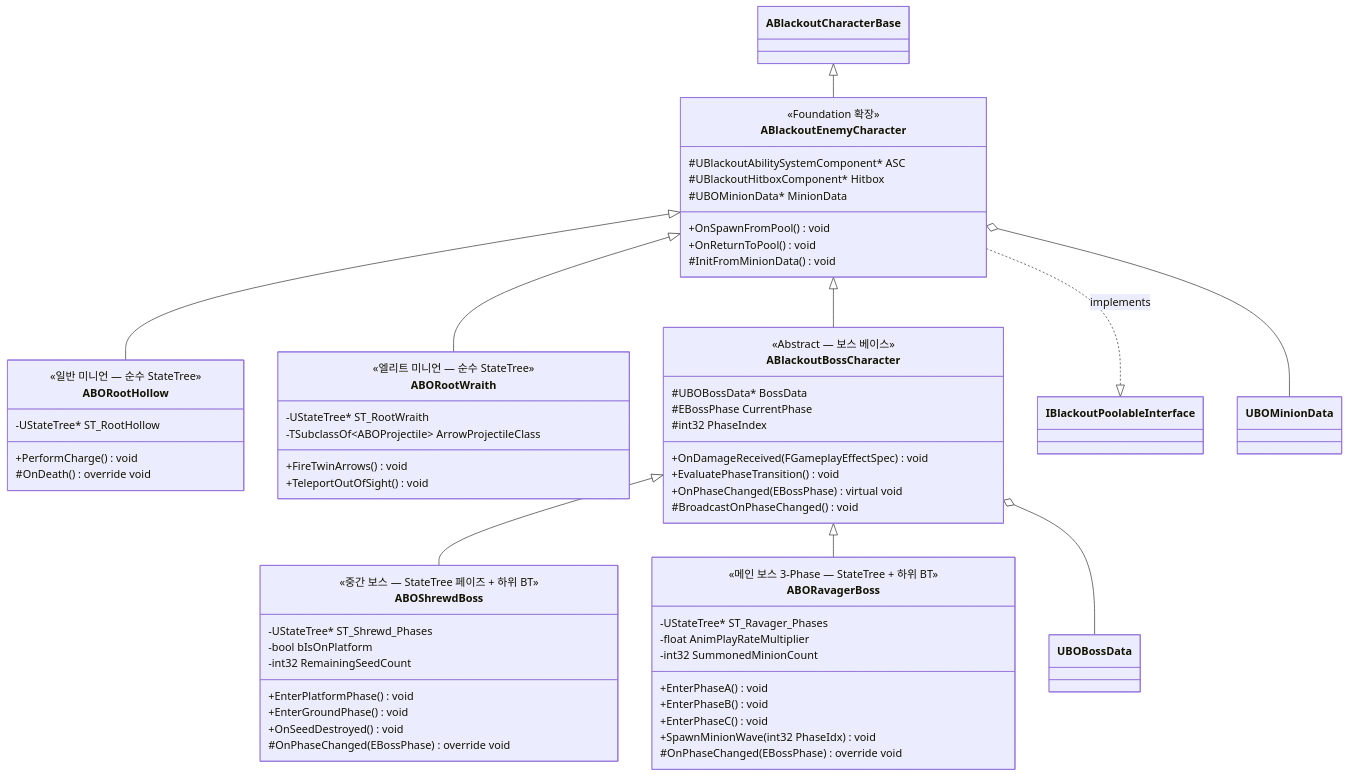
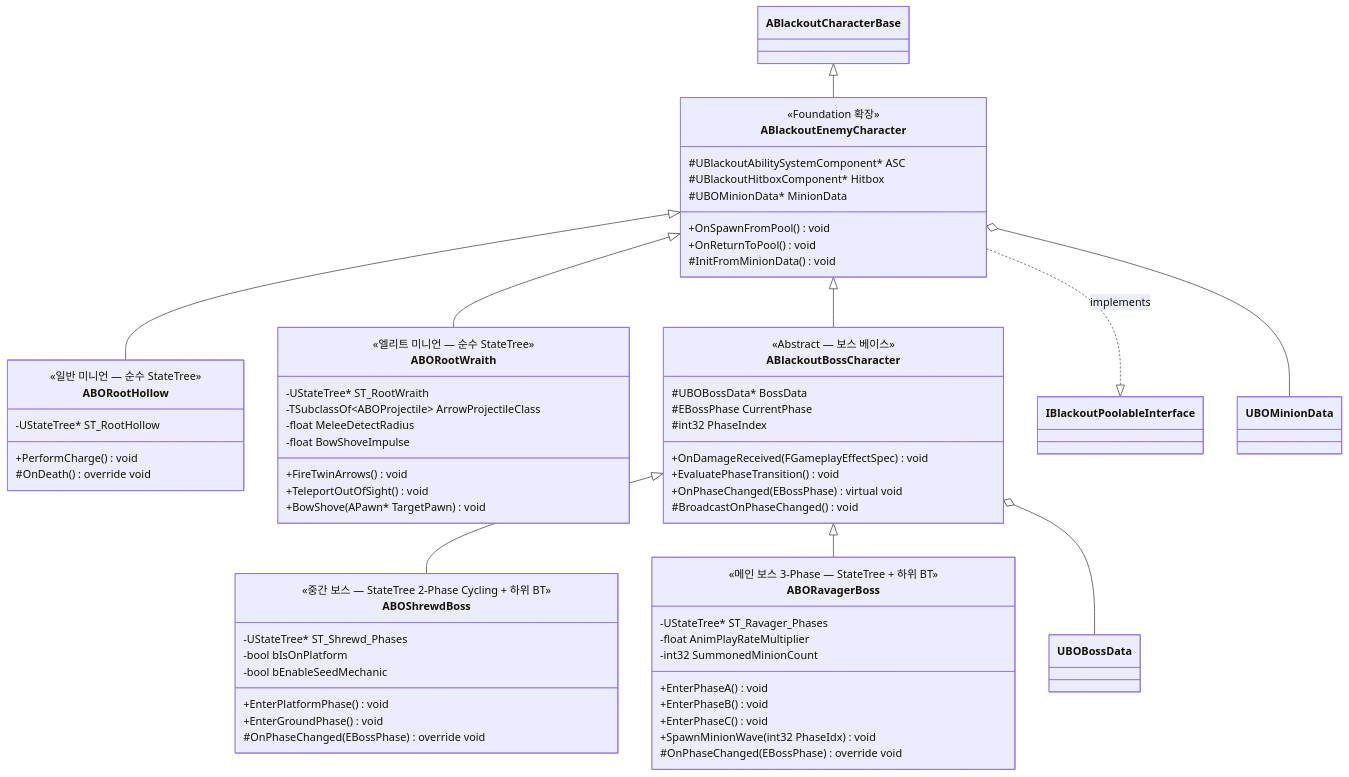
One commit to seongwon1579/ProjectBlackout changed the diagram in Docs/AI_Boss/01_Enemy_Boss_Hierarchy.md. Above: the diagram before and after it, drawn with Mermaid. The commit also changed other lines of this file and 10 other files, not shown here.

First line of the commit message:
Docs: GDD 개정 및 AI/Boss 기술 설계서, 클래스 다이어그램 수정

````diff
--- a/Docs/AI_Boss/01_Enemy_Boss_Hierarchy.md
+++ b/Docs/AI_Boss/01_Enemy_Boss_Hierarchy.md
@@ -5,75 +5,77 @@
 ```mermaid
 classDiagram
     direction TB
 
     ABlackoutCharacterBase <|-- ABlackoutEnemyCharacter
     ABlackoutEnemyCharacter <|-- ABORootHollow
     ABlackoutEnemyCharacter <|-- ABORootWraith
     ABlackoutEnemyCharacter <|-- ABlackoutBossCharacter
     ABlackoutBossCharacter <|-- ABOShrewdBoss
     ABlackoutBossCharacter <|-- ABORavagerBoss
 
     ABlackoutEnemyCharacter ..|> IBlackoutPoolableInterface : implements
 
     class ABlackoutEnemyCharacter {
         <<Foundation 확장>>
         #UBlackoutAbilitySystemComponent* ASC
         #UBlackoutHitboxComponent* Hitbox
         #UBOMinionData* MinionData
         +OnSpawnFromPool() void
         +OnReturnToPool() void
         #InitFromMinionData() void
     }
 
     class ABORootHollow {
         <<일반 미니언 — 순수 StateTree>>
         -UStateTree* ST_RootHollow
         +PerformCharge() void
         #OnDeath() override void
     }
 
     class ABORootWraith {
         <<엘리트 미니언 — 순수 StateTree>>
         -UStateTree* ST_RootWraith
         -TSubclassOf~ABOProjectile~ ArrowProjectileClass
+        -float MeleeDetectRadius
+        -float BowShoveImpulse
         +FireTwinArrows() void
         +TeleportOutOfSight() void
+        +BowShove(APawn* TargetPawn) void
     }
 
     class ABlackoutBossCharacter {
         <<Abstract — 보스 베이스>>
         #UBOBossData* BossData
         #EBossPhase CurrentPhase
         #int32 PhaseIndex
         +OnDamageReceived(FGameplayEffectSpec) void
         +EvaluatePhaseTransition() void
         +OnPhaseChanged(EBossPhase) virtual void
         #BroadcastOnPhaseChanged() void
     }
 
     class ABOShrewdBoss {
-        <<중간 보스 — StateTree 페이즈 + 하위 BT>>
+        <<중간 보스 — StateTree 2-Phase Cycling + 하위 BT>>
         -UStateTree* ST_Shrewd_Phases
         -bool bIsOnPlatform
-        -int32 RemainingSeedCount
+        -bool bEnableSeedMechanic
         +EnterPlatformPhase() void
         +EnterGroundPhase() void
-        +OnSeedDestroyed() void
         #OnPhaseChanged(EBossPhase) override void
     }
 
     class ABORavagerBoss {
         <<메인 보스 3-Phase — StateTree + 하위 BT>>
         -UStateTree* ST_Ravager_Phases
         -float AnimPlayRateMultiplier
         -int32 SummonedMinionCount
         +EnterPhaseA() void
         +EnterPhaseB() void
         +EnterPhaseC() void
         +SpawnMinionWave(int32 PhaseIdx) void
         #OnPhaseChanged(EBossPhase) override void
     }
 
     ABlackoutBossCharacter o-- UBOBossData
     ABlackoutEnemyCharacter o-- UBOMinionData
 ```
````
